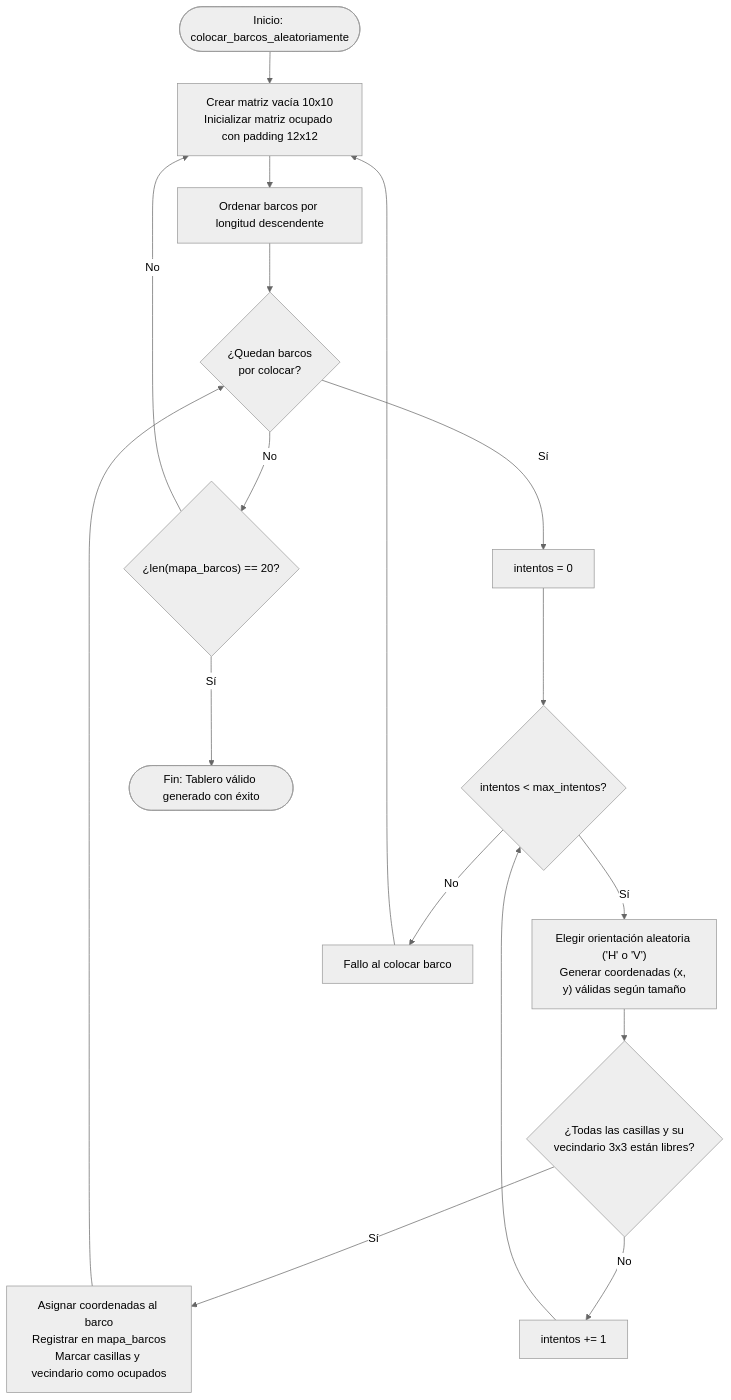
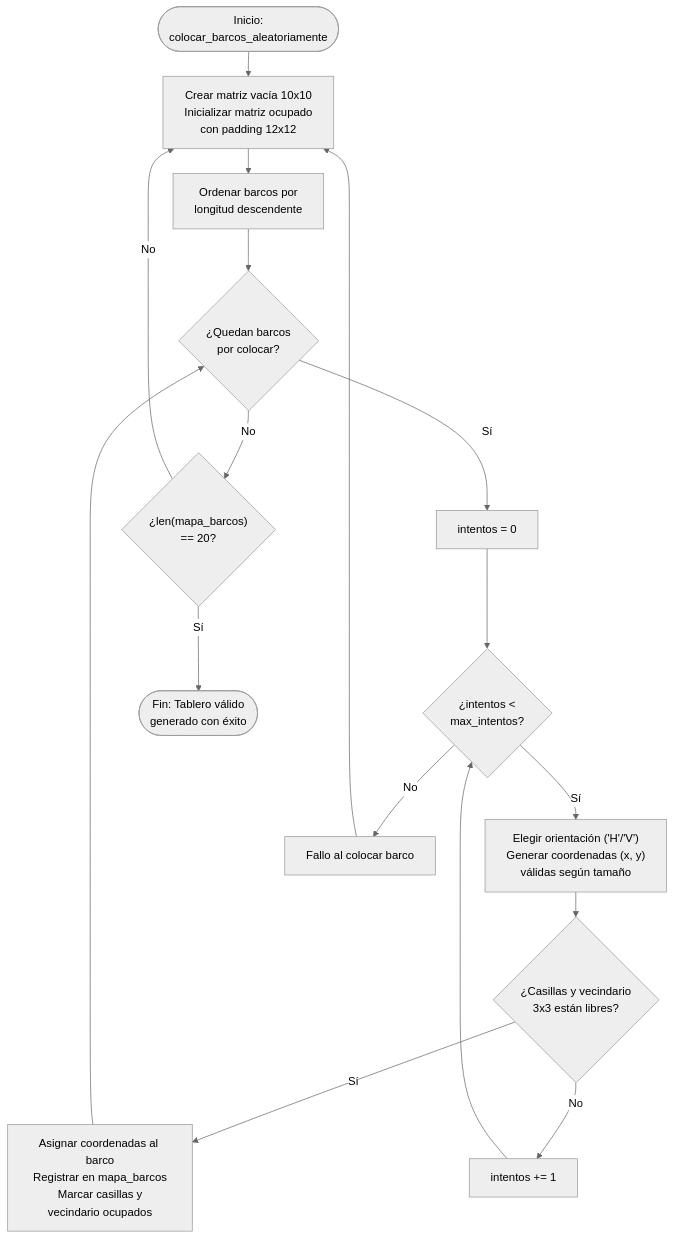
The first of 4 diagrams in README.md (BorjaBG/HundirLaFlota), drawn with Mermaid (neutral theme) before and after one commit. The commit also changed other lines of this file, not shown here.

Commit message:
Fix textos diagramas README

````diff
--- a/README.md
+++ b/README.md
@@ -219,26 +219,26 @@
 ```mermaid
-%%{init: {'flowchart': {'nodePadding': 25, 'rankSpacing': 45}}}%%
+%%{init: {'flowchart': {'nodePadding': 15, 'rankSpacing': 35}}}%%
 graph TD
-    Start(["Inicio: colocar_barcos_aleatoriamente"]) --> ResetBoard["Crear matriz vacía 10x10<br/>Inicializar matriz ocupado con padding 12x12"]
-    ResetBoard --> SortShips["Ordenar barcos por longitud descendente"]
+    Start(["Inicio:<br/>colocar_barcos_aleatoriamente"]) --> ResetBoard["Crear matriz vacía 10x10<br/>Inicializar matriz ocupado<br/>con padding 12x12"]
+    ResetBoard --> SortShips["Ordenar barcos por<br/>longitud descendente"]
     SortShips --> LoopShips{"¿Quedan barcos<br/>por colocar?"}
 
     LoopShips -- Sí --> InitAttempts["intentos = 0"]
-    InitAttempts --> CheckAttempts{"intentos < max_intentos?"}
+    InitAttempts --> CheckAttempts{"¿intentos <<br/>max_intentos?"}
 
-    CheckAttempts -- Sí --> GenPos["Elegir orientación aleatoria ('H' o 'V')<br/>Generar coordenadas (x, y) válidas según tamaño"]
-    GenPos --> Check3x3{"¿Todas las casillas y su<br/>vecindario 3x3 están libres?"}
+    CheckAttempts -- Sí --> GenPos["Elegir orientación ('H'/'V')<br/>Generar coordenadas (x, y)<br/>válidas según tamaño"]
+    GenPos --> Check3x3{"¿Casillas y vecindario<br/>3x3 están libres?"}
 
-    Check3x3 -- Sí --> PlaceShip["Asignar coordenadas al barco<br/>Registrar en mapa_barcos<br/>Marcar casillas y vecindario como ocupados"]
+    Check3x3 -- Sí --> PlaceShip["Asignar coordenadas al barco<br/>Registrar en mapa_barcos<br/>Marcar casillas y<br/>vecindario ocupados"]
     PlaceShip --> LoopShips
 
     Check3x3 -- No --> IncAttempts["intentos += 1"]
     IncAttempts --> CheckAttempts
 
     CheckAttempts -- No --> BoardFailed["Fallo al colocar barco"]
     BoardFailed --> ResetBoard
 
-    LoopShips -- No --> Verify20{"¿len(mapa_barcos) == 20?"}
-    Verify20 -- Sí --> Done(["Fin: Tablero válido generado con éxito"])
+    LoopShips -- No --> Verify20{"¿len(mapa_barcos)<br/>== 20?"}
+    Verify20 -- Sí --> Done(["Fin: Tablero válido<br/>generado con éxito"])
     Verify20 -- No --> ResetBoard
 ```
````
